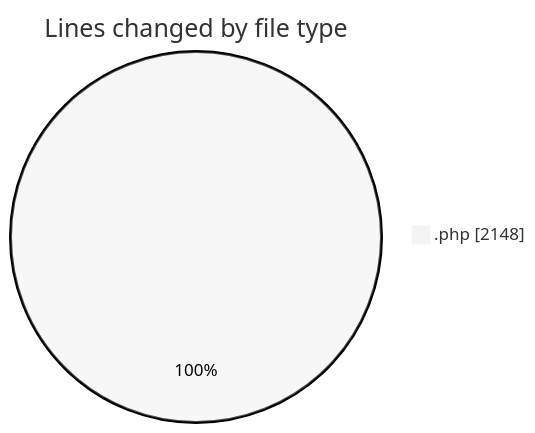
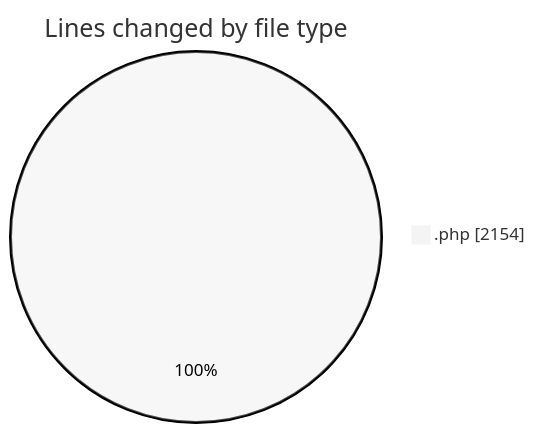
The first of 2 diagrams in 2025-08-26/shop/README.md (vahidmafi/code-tracking), drawn with Mermaid (neutral theme) before and after one commit. The commit also changed other lines of this file and 1 other file, not shown here.

````diff
--- a/2025-08-26/shop/README.md
+++ b/2025-08-26/shop/README.md
@@ -21,5 +21,5 @@
 ```mermaid
 pie showData
 title Lines changed by file type
-".php" : 2148
+".php" : 2154
 ```
````
